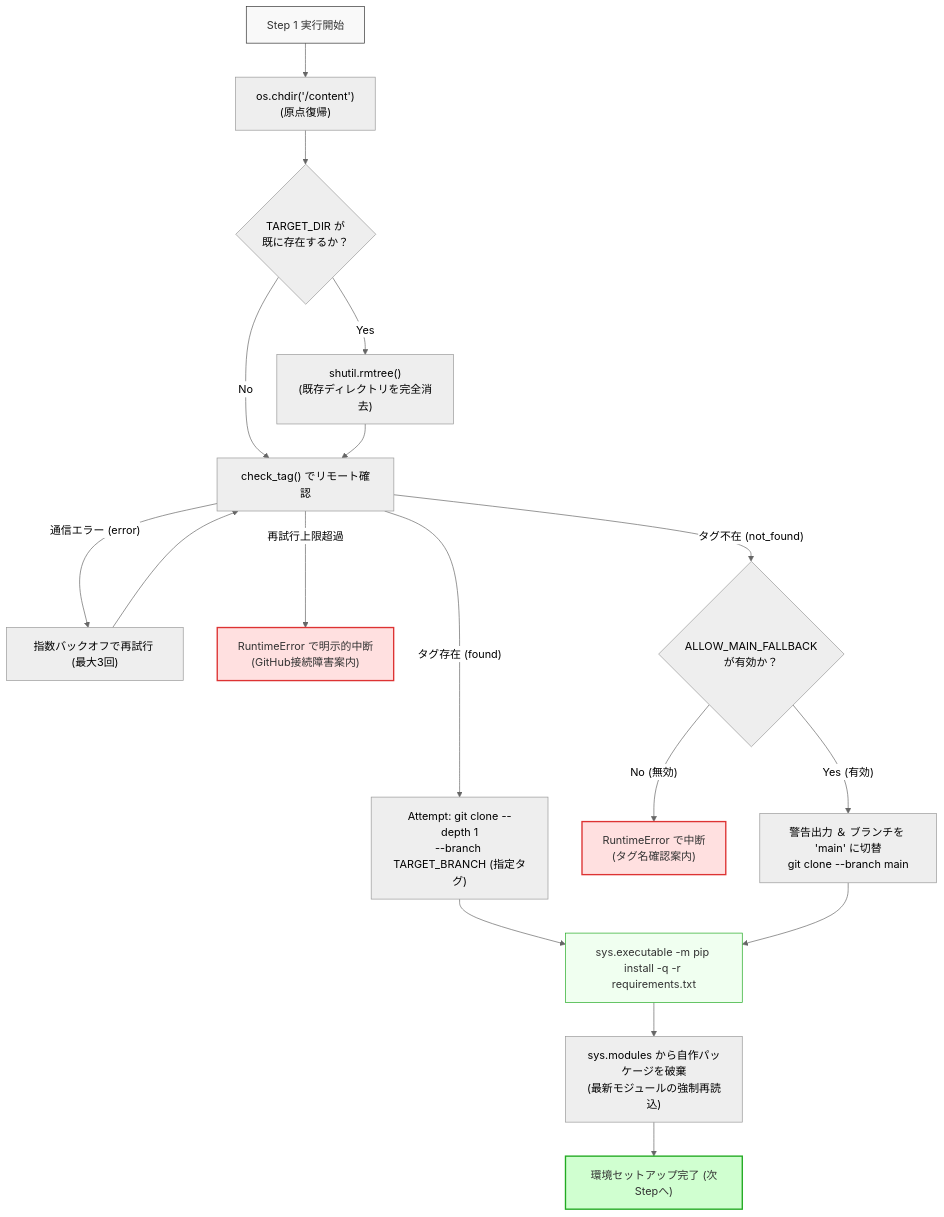
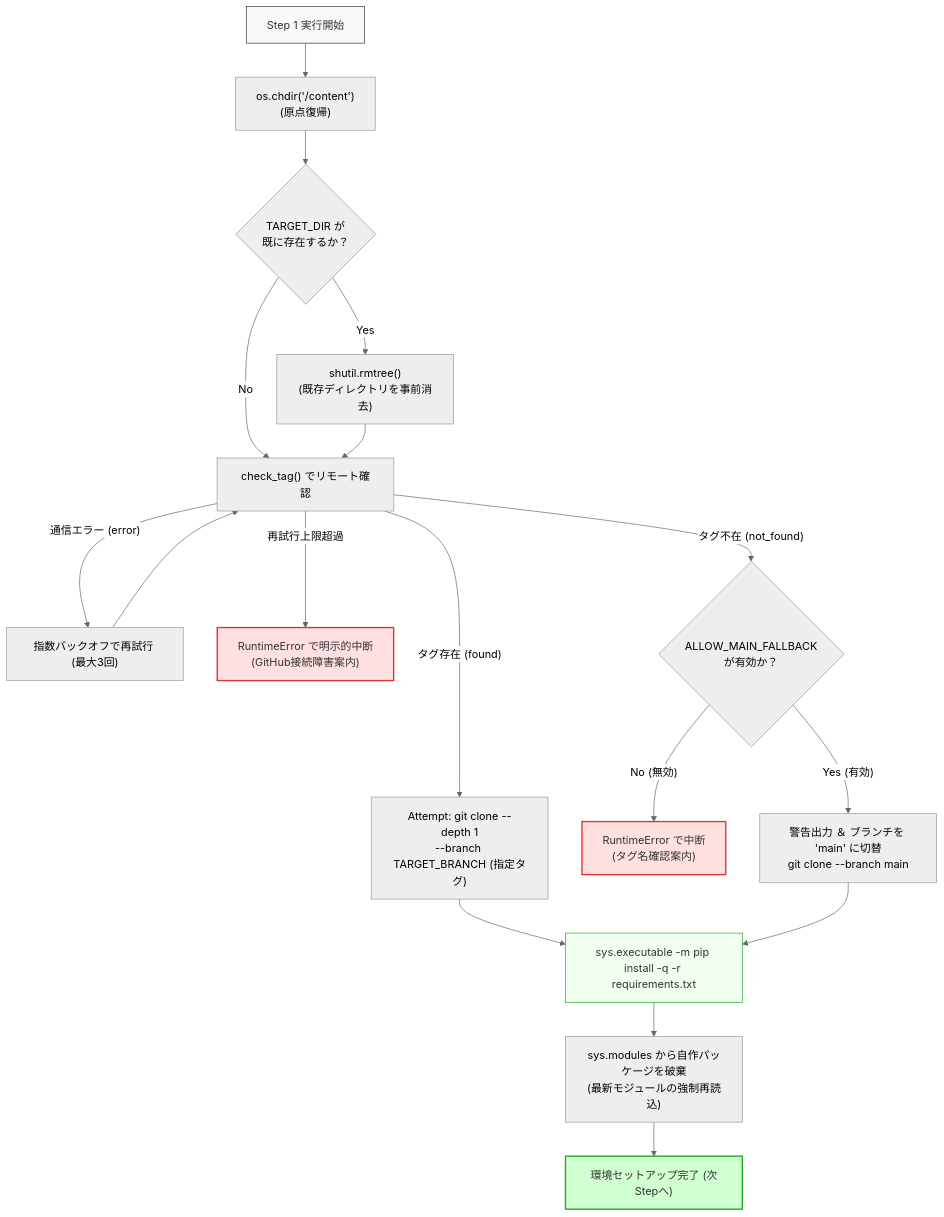
One commit to akkyey/stock-analyzer-core changed the diagram in docs/articles/qiita_part7_colab_git_bootstrap_architecture.md. Above: the diagram before and after it, drawn with Mermaid (neutral theme). The commit also changed other lines of this file and 1 other file, not shown here.

````diff
--- a/docs/articles/qiita_part7_colab_git_bootstrap_architecture.md
+++ b/docs/articles/qiita_part7_colab_git_bootstrap_architecture.md
@@ -107,29 +107,29 @@
 ```mermaid
 flowchart TD
     Start["Step 1 実行開始"] --> CD["os.chdir('/content')<br/>(原点復帰)"]
     CD --> CheckDir{"TARGET_DIR が<br/>既に存在するか？"}
-    CheckDir -- "Yes" --> Clean["shutil.rmtree()<br/>(既存ディレクトリを完全消去)"]
+    CheckDir -- "Yes" --> Clean["shutil.rmtree()<br/>(既存ディレクトリを事前消去)"]
     CheckDir -- "No" --> Verify
     Clean --> Verify["check_tag() でリモート確認"]
 
     Verify -- "通信エラー (error)" --> Retry["指数バックオフで再試行 (最大3回)"]
     Retry --> Verify
     Verify -- "再試行上限超過" --> ErrorExit["RuntimeError で明示的中断<br/>(GitHub接続障害案内)"]
 
     Verify -- "タグ存在 (found)" --> CloneTag["Attempt: git clone --depth 1<br/>--branch TARGET_BRANCH (指定タグ)"]
     Verify -- "タグ不在 (not_found)" --> CheckAllow{"ALLOW_MAIN_FALLBACK<br/>が有効か？"}
     CheckAllow -- "No (無効)" --> TagExit["RuntimeError で中断<br/>(タグ名確認案内)"]
     CheckAllow -- "Yes (有効)" --> CloneMain["警告出力 ＆ ブランチを 'main' に切替<br/>git clone --branch main"]
 
     CloneTag --> Pip["sys.executable -m pip install -q -r requirements.txt"]
     CloneMain --> Pip
 
     Pip --> Reload["sys.modules から自作パッケージを破棄<br/>(最新モジュールの強制再読込)"]
     Reload --> Ready["環境セットアップ完了 (次Stepへ)"]
 
     style Start fill:#f9f9f9,stroke:#333,stroke-width:1px,color:#333
     style Pip fill:#f0fff0,stroke:#2a2,stroke-width:1px,color:#333
     style Ready fill:#d0ffd0,stroke:#2a2,stroke-width:2px,color:#333
     style ErrorExit fill:#ffe0e0,stroke:#d33,stroke-width:2px,color:#333
     style TagExit fill:#ffe0e0,stroke:#d33,stroke-width:2px,color:#333
 ```
````
